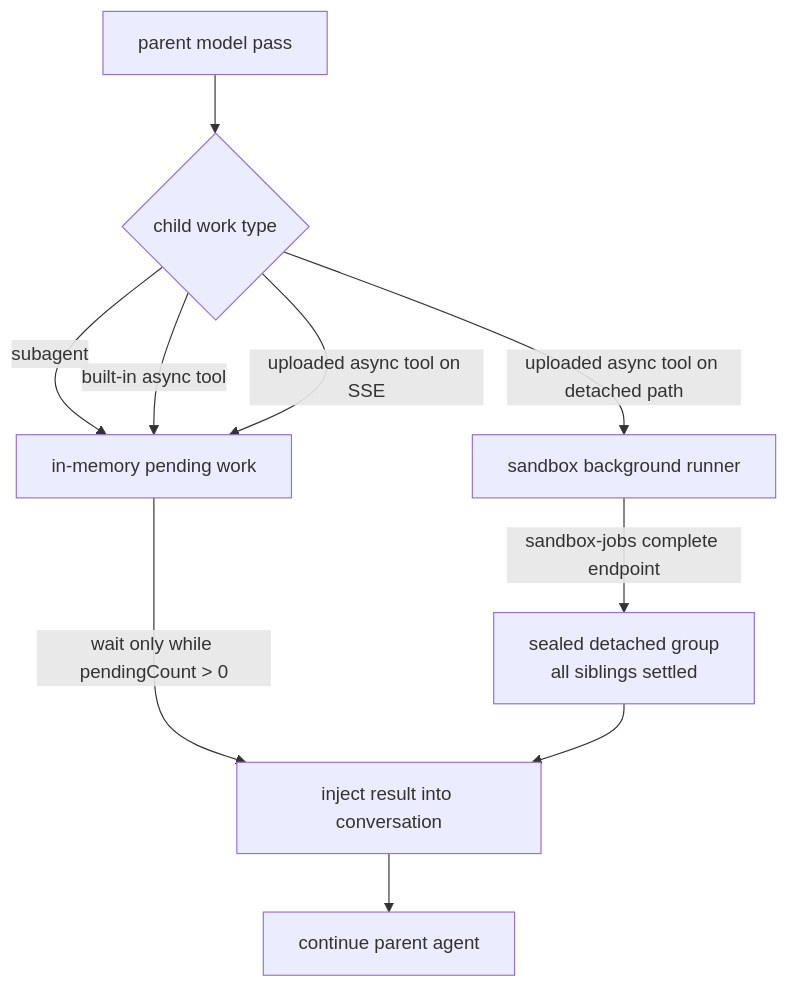
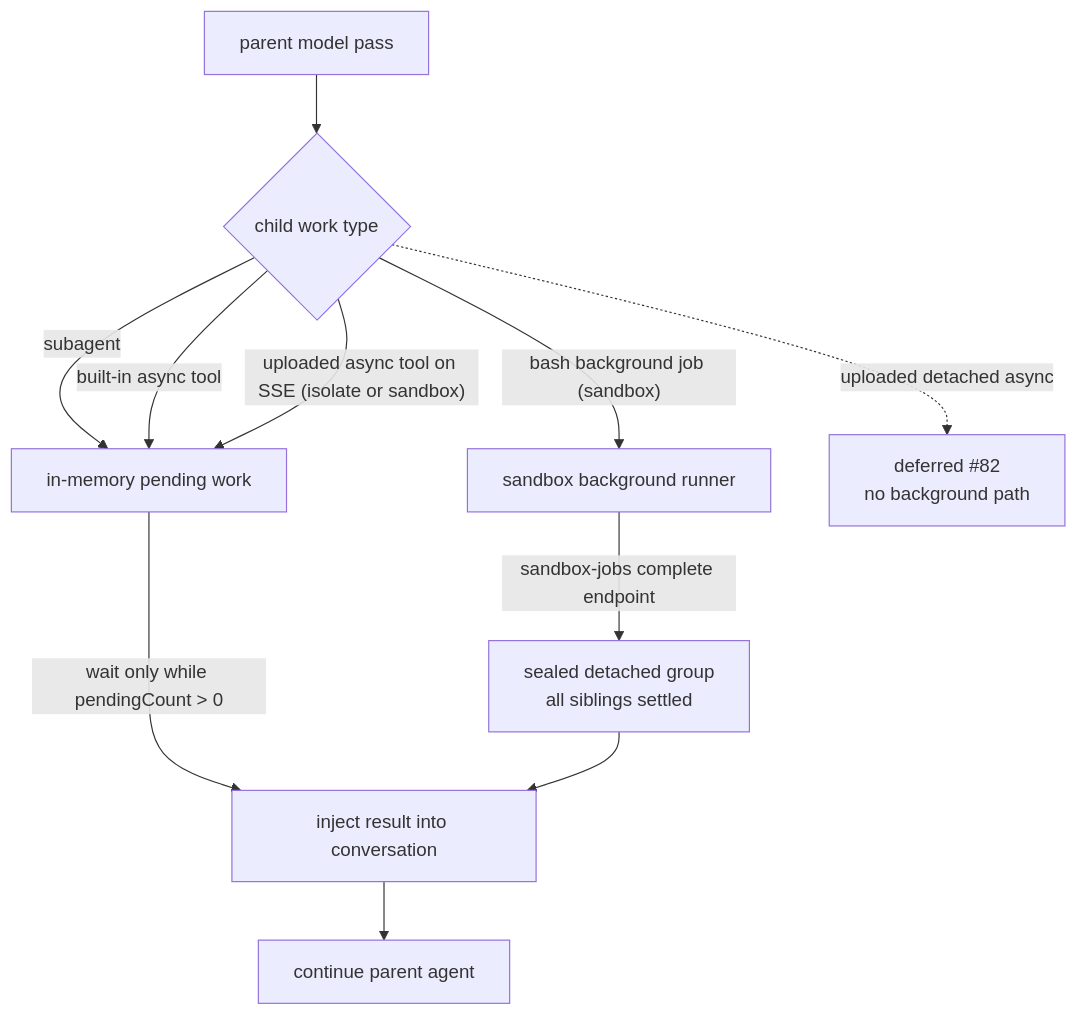
Before and after one commit to beeblastco/broods: the seventh of 12 diagrams in apps/docs/docs/architecture.md, drawn with Mermaid. The commit also changed 5 other files, not shown here.

````diff
--- a/apps/docs/docs/architecture.md
+++ b/apps/docs/docs/architecture.md
@@ -204,12 +204,13 @@
 ```mermaid
 flowchart TD
   Parent["parent model pass"] --> Kind{"child work type"}
   Kind -->|"subagent"| InMemory["in-memory pending work"]
   Kind -->|"built-in async tool"| InMemory
-  Kind -->|"uploaded async tool on SSE"| InMemory
-  Kind -->|"uploaded async tool on detached path"| External["sandbox background runner"]
+  Kind -->|"uploaded async tool on SSE (isolate or sandbox)"| InMemory
+  Kind -->|"bash background job (sandbox)"| External["sandbox background runner"]
+  Kind -.->|"uploaded detached async"| Deferred["deferred #82<br/>no background path"]
   InMemory -->|"wait only while pendingCount > 0"| Inject["inject result into conversation"]
   External -->|"sandbox-jobs complete endpoint"| Group["sealed detached group<br/>all siblings settled"]
   Group --> Inject
   Inject --> Continue["continue parent agent"]
 ```
````
